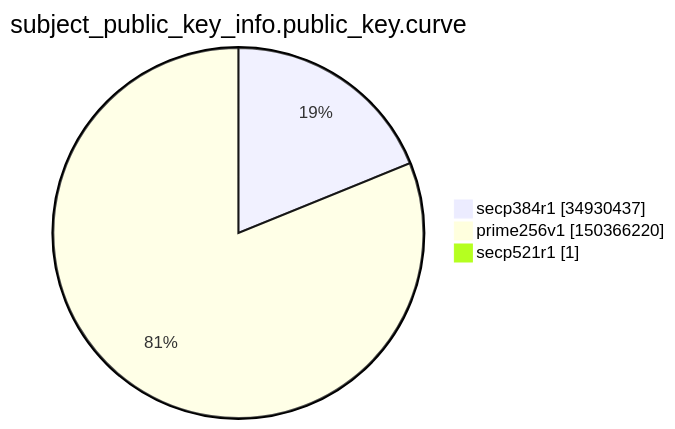
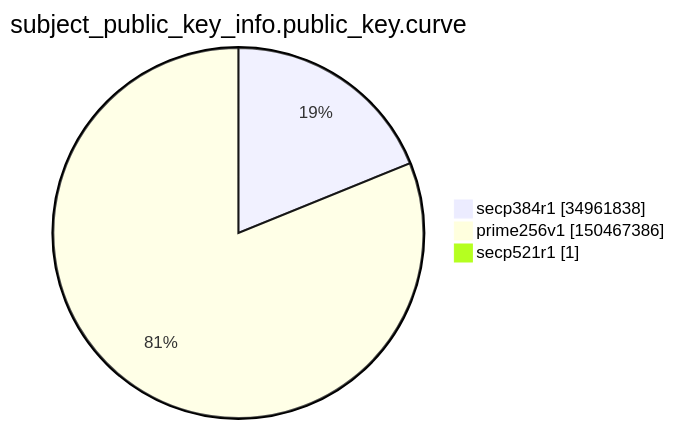
The ninth of 15 diagrams in argon2022/README.md (christiankrug/ctmonitor_visualization), drawn with Mermaid before and after one commit. The commit also changed other lines of this file, not shown here.

````diff
--- a/argon2022/README.md
+++ b/argon2022/README.md
@@ -2765,7 +2765,7 @@
 ```mermaid
 pie showData
 title subject_public_key_info.public_key.curve
-"secp384r1" :34930437
-"prime256v1" :150366220
+"secp384r1" :34961838
+"prime256v1" :150467386
 "secp521r1" :1
 ```
````
